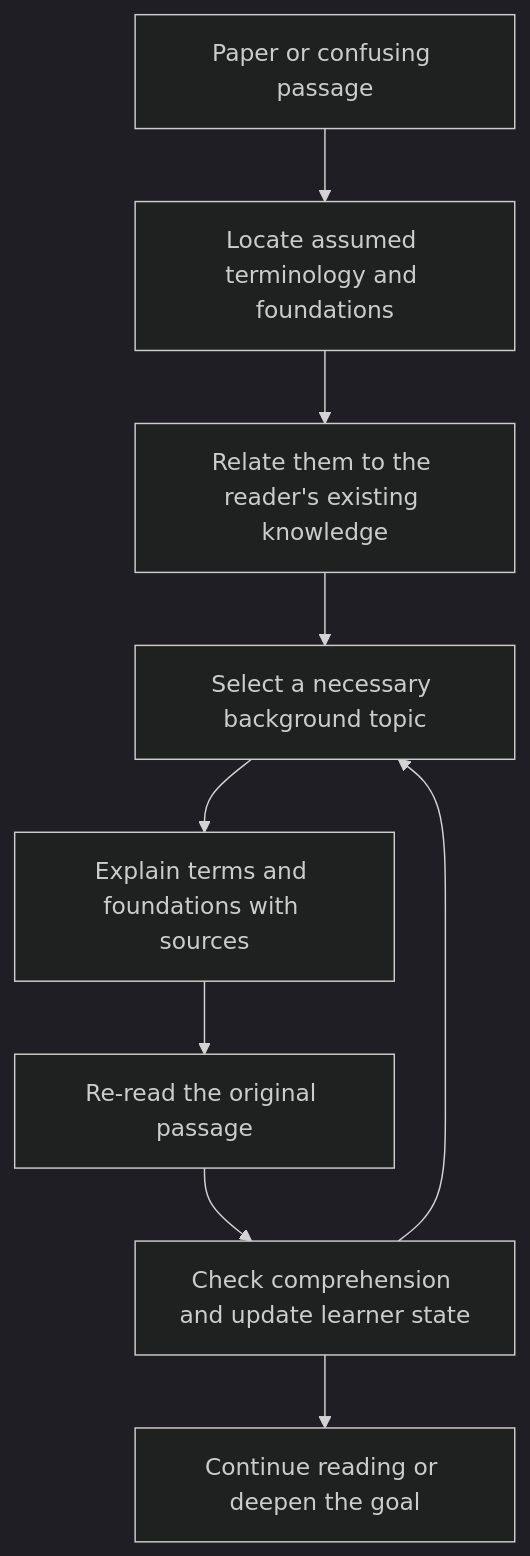
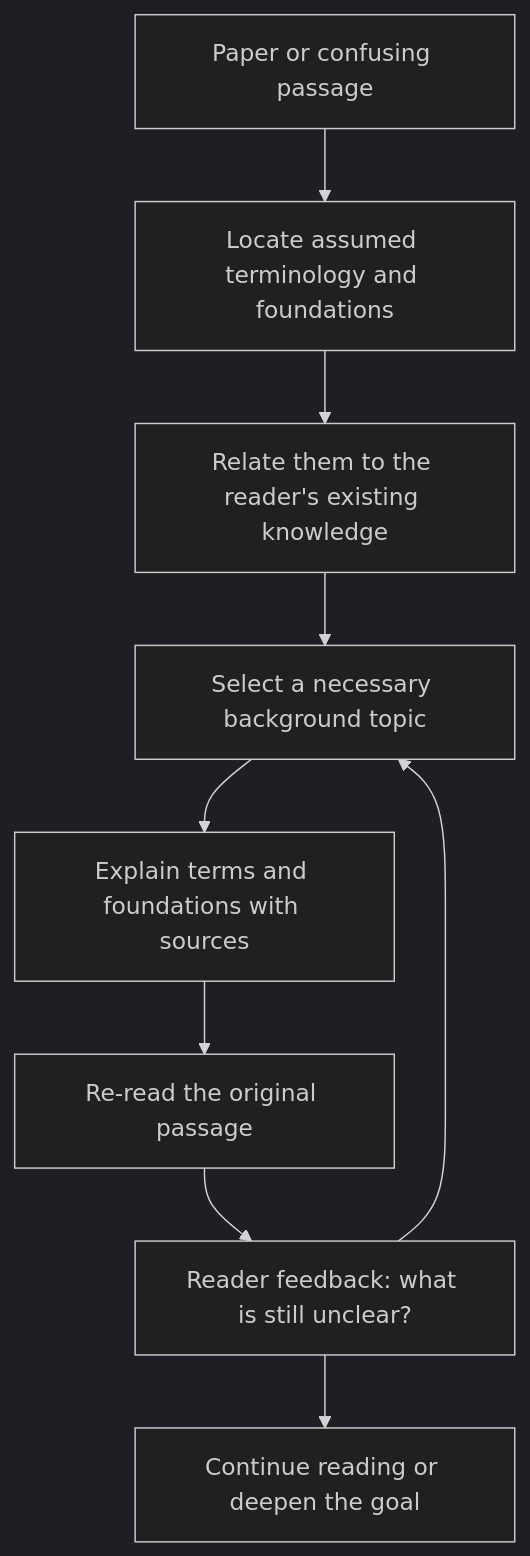
The diagram in README.md (relativity143/an-agent-for-paper-reading), drawn with Mermaid (dark theme) before and after one commit. The commit also changed other lines of this file and 1 other file, not shown here.

````diff
--- a/README.md
+++ b/README.md
@@ -52,11 +64,11 @@
 ```mermaid
 flowchart TD
     A[Paper or confusing passage] --> B[Locate assumed terminology and foundations]
     B --> C[Relate them to the reader's existing knowledge]
     C --> D[Select a necessary background topic]
     D --> E[Explain terms and foundations with sources]
     E --> F[Re-read the original passage]
-    F --> G[Check comprehension and update learner state]
+    F --> G[Reader feedback: what is still unclear?]
     G --> D
     G --> H[Continue reading or deepen the goal]
 ```
````
